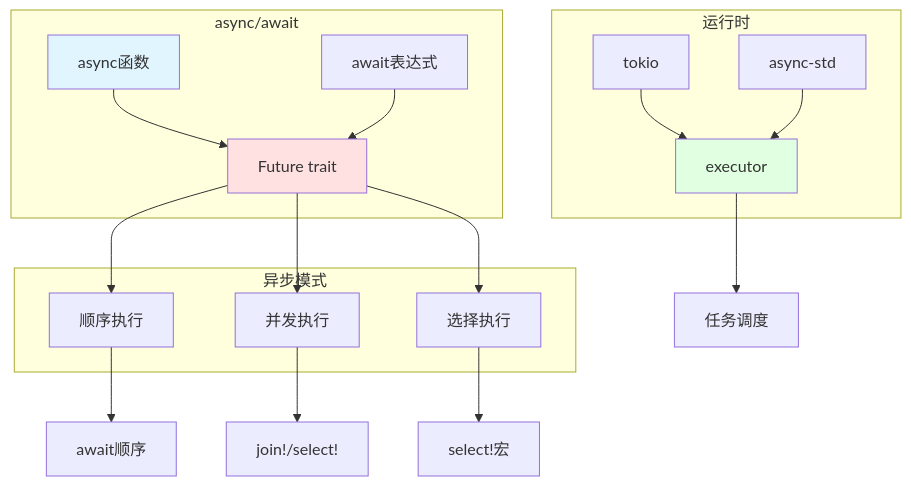
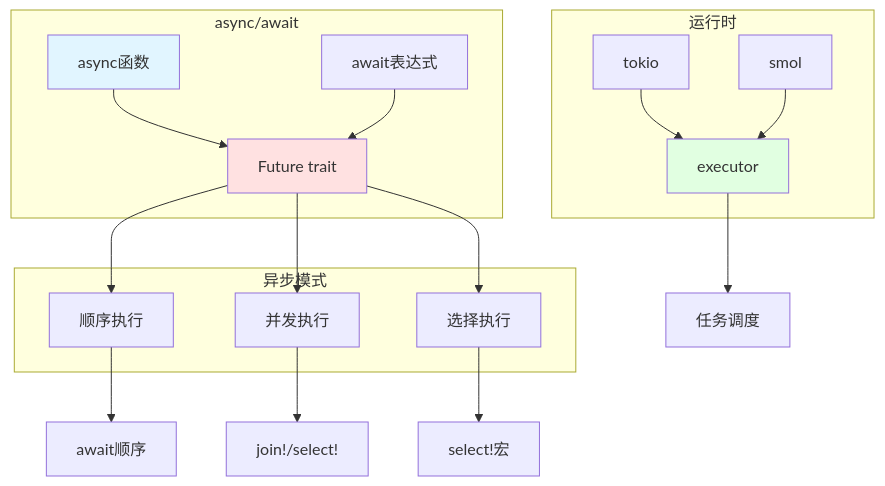
One commit to martin-ly/rust-lang changed the tenth of 17 diagrams in crates/c03_control_fn/docs/KNOWLEDGE_GRAPH.md. Above: the diagram before and after it, drawn with Mermaid. The commit also changed other lines of this file and 1463 other files, not shown here.

````diff
--- a/crates/c03_control_fn/docs/KNOWLEDGE_GRAPH.md
+++ b/crates/c03_control_fn/docs/KNOWLEDGE_GRAPH.md
@@ -504,39 +503,39 @@
 ```mermaid
 graph TB
     subgraph async_await["async/await"]
         A[async函数]
         B[await表达式]
         C[Future trait]
     end
 
     subgraph 异步模式["异步模式"]
         D[顺序执行]
         E[并发执行]
         F[选择执行]
     end
 
     subgraph 运行时["运行时"]
         G[tokio]
-        H[async-std]
+        H[smol]
         I[executor]
     end
 
     A --> C
     B --> C
 
     C --> D
     C --> E
     C --> F
 
     D --> J[await顺序]
     E --> K[join!/select!]
     F --> L[select!宏]
 
     G --> I
     H --> I
     I --> M[任务调度]
 
     style A fill:#e1f5ff
     style C fill:#ffe1e1
     style I fill:#e1ffe1
 ```
````
